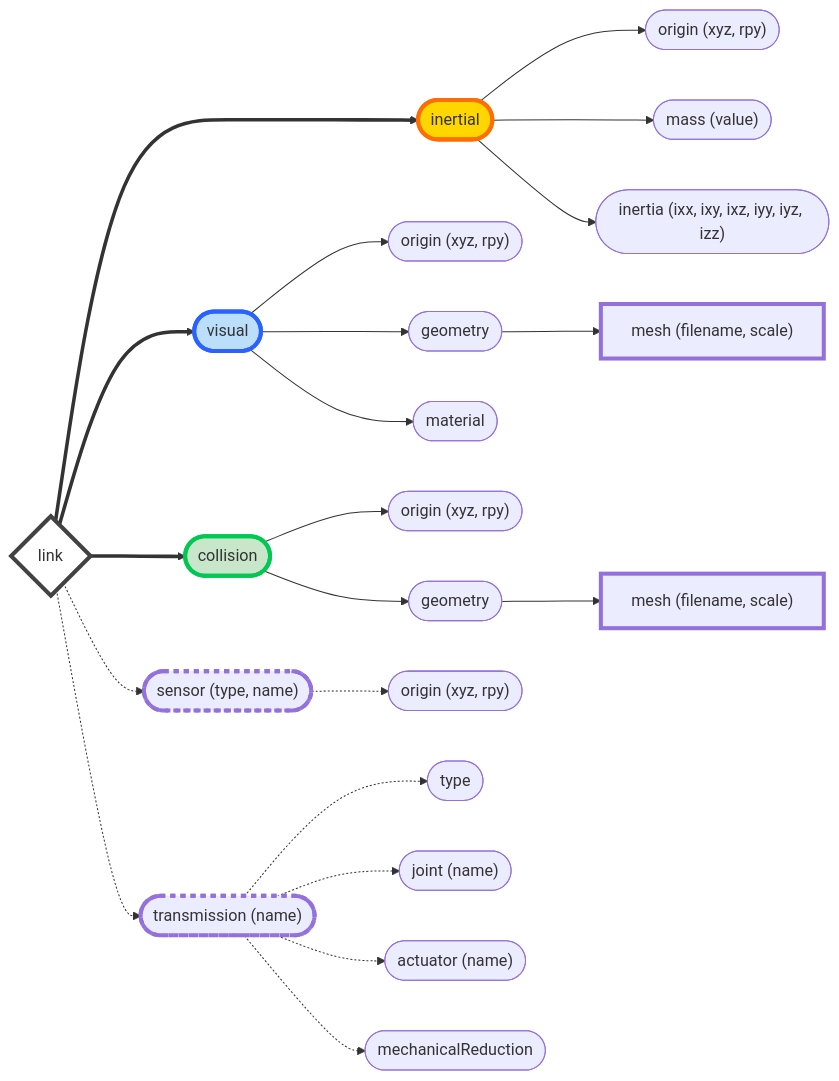
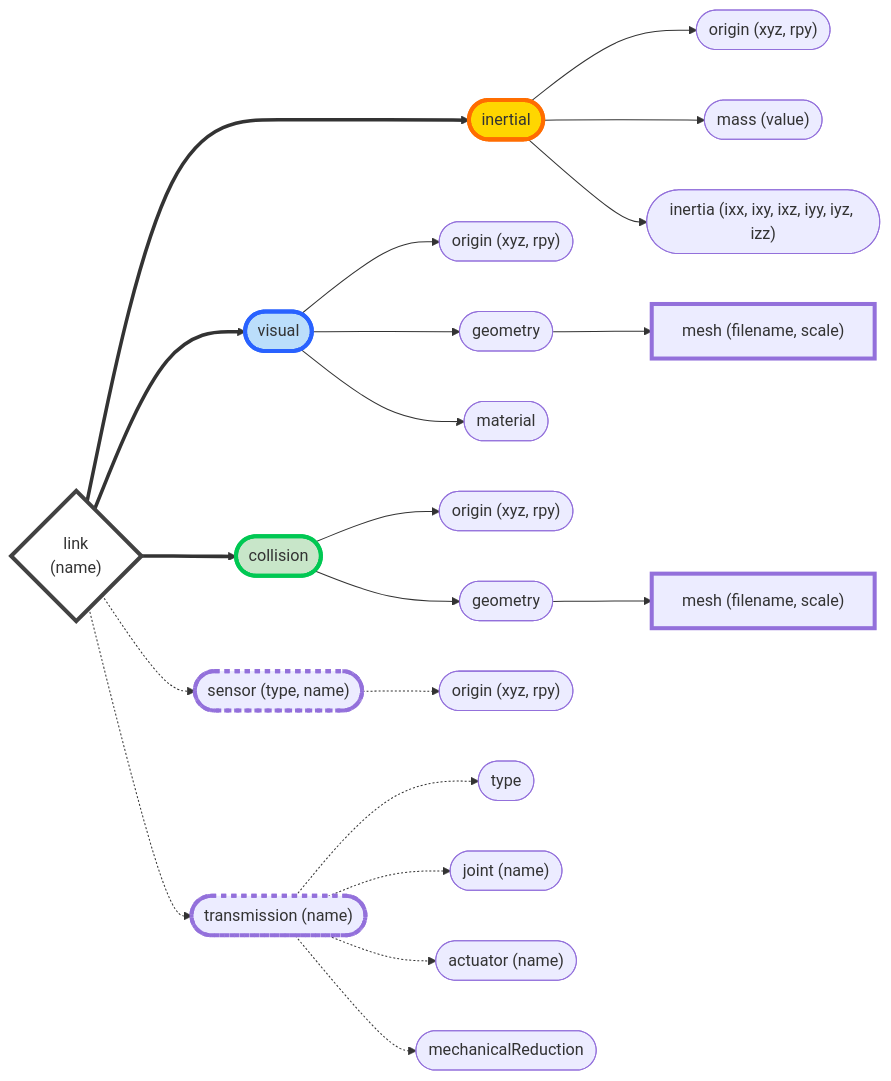
The first of 8 diagrams in docs/Examples/E2.markdown (adnan-saood/ros-course-examples), drawn with Mermaid before and after one commit. The commit also changed other lines of this file and 1 other file, not shown here.

```diff
--- a/docs/Examples/E2.markdown
+++ b/docs/Examples/E2.markdown
@@ -47,22 +39,22 @@
 <div class="mermaid">
 
 flowchart LR
-    link{"link"} ===> inertial(["inertial"])
+    link{"link \n (name)"} ===> inertial(["inertial"])
     inertial --> origin_inertial(["origin (xyz, rpy)"]) & mass(["mass (value)"]) & inertia(["inertia (ixx, ixy, ixz, iyy, iyz, izz)"])
     link ==> visual(["visual"]) & collision(["collision"])
     visual --> origin_visual(["origin (xyz, rpy)"]) & geometry_visual(["geometry"]) & material(["material"])
     geometry_visual --> mesh_visual["mesh (filename, scale)"]
     link -.-> sensor(["sensor (type, name)"]) & transmission(["transmission (name)"])
     collision --> origin_collision(["origin (xyz, rpy)"]) & geometry_collision(["geometry"])
     geometry_collision --> mesh_collision["mesh (filename, scale)"]
     sensor -.-> origin_sensor(["origin (xyz, rpy)"])
     transmission -.-> type(["type"]) & joint(["joint (name)"]) & actuator(["actuator (name)"]) & mechanicalReduction(["mechanicalReduction"])
     style link fill:#FFFFFF,stroke:#424242,stroke-width:4px,stroke-dasharray: 0
     style inertial stroke:#FF6D00,fill:#FFD600,stroke-width:4px,stroke-dasharray: 0
     style visual stroke:#2962FF,fill:#BBDEFB,stroke-width:4px,stroke-dasharray: 0
     style collision stroke:#00C853,fill:#C8E6C9,stroke-width:4px,stroke-dasharray: 0
     style mesh_visual stroke-width:4px,stroke-dasharray: 0
     style sensor stroke-width:4px,stroke-dasharray: 5
     style transmission stroke-width:4px,stroke-dasharray: 5
     style mesh_collision stroke-width:4px,stroke-dasharray: 0
 </div>
```
